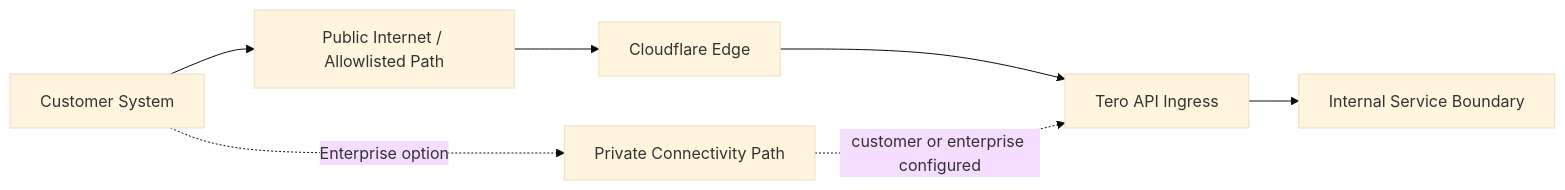
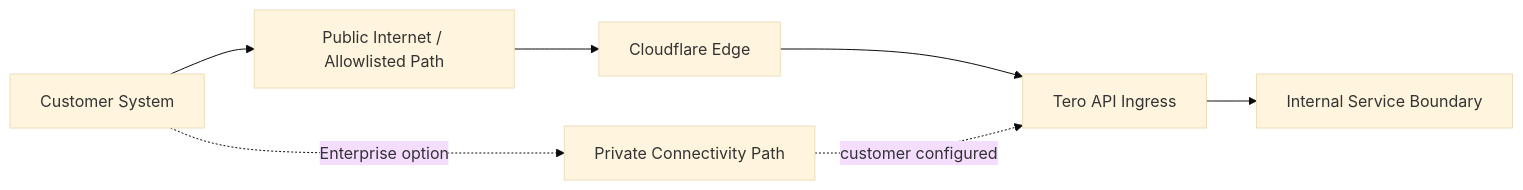
One commit to usetero/docs changed the diagram in trust/controls/network-security.mdx. Above: the diagram before and after it, drawn with Mermaid (base theme). The commit also changed other lines of this file and 68 other files, not shown here.

````diff
--- a/trust/controls/network-security.mdx
+++ b/trust/controls/network-security.mdx
@@ -30,10 +30,10 @@
 ```mermaid
 flowchart LR
     C[Customer System] --> P[Public Internet / Allowlisted Path]
     P --> E[Cloudflare Edge]
     E --> I[Tero API Ingress]
     I --> S[Internal Service Boundary]
 
     C -. Enterprise option .-> X[Private Connectivity Path]
-    X -. customer or enterprise configured .-> I
+    X -. customer configured .-> I
 ```
````
